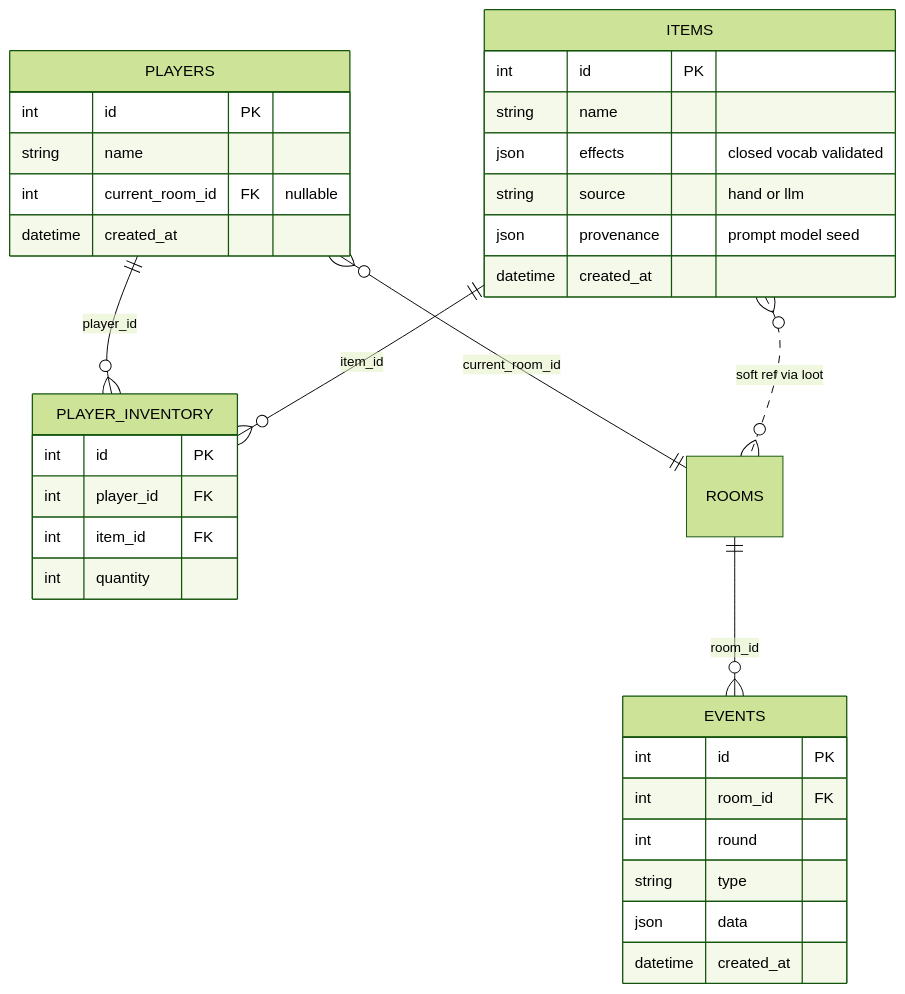
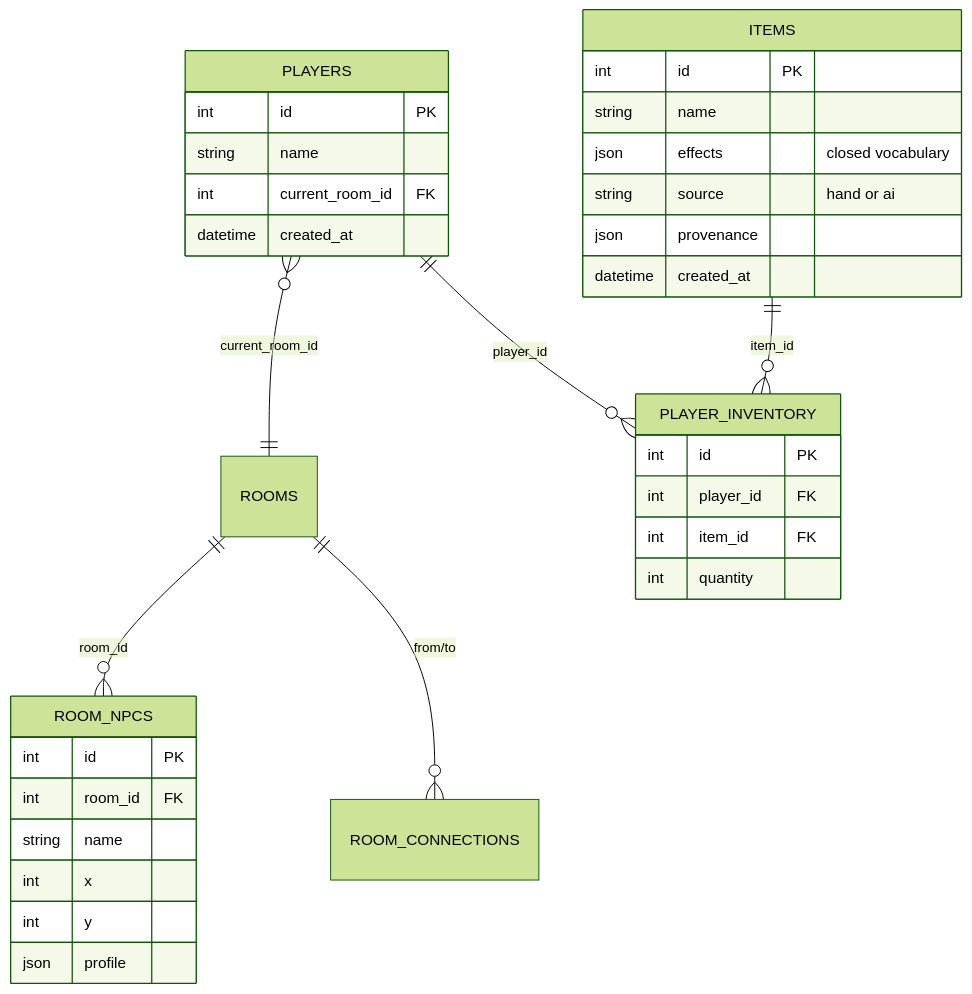
The second of 2 diagrams in docs/DB_SCHEMA.md (GoldenWind8/roguelike-mvp), drawn with Mermaid (forest theme) before and after one commit. The commit also changed other lines of this file and 9 other files, not shown here.

Commit message:
Clarify project docs and exploration roadmap

````diff
--- a/docs/DB_SCHEMA.md
+++ b/docs/DB_SCHEMA.md
@@ -80,37 +127,40 @@
 ```mermaid
 erDiagram
+    ROOMS ||--o{ ROOM_NPCS : "room_id"
+    ROOMS ||--o{ ROOM_CONNECTIONS : "from/to"
+    PLAYERS }o--|| ROOMS : "current_room_id"
     PLAYERS ||--o{ PLAYER_INVENTORY : "player_id"
     ITEMS ||--o{ PLAYER_INVENTORY : "item_id"
-    ROOMS ||--o{ EVENTS : "room_id"
-    PLAYERS }o--|| ROOMS : "current_room_id"
-    ITEMS }o..o{ ROOMS : "soft ref via loot"
+
+    ROOM_NPCS {
+        int id PK
+        int room_id FK
+        string name
+        int x
+        int y
+        json profile
+    }
+
+    PLAYERS {
+        int id PK
+        string name
+        int current_room_id FK
+        datetime created_at
+    }
 
     ITEMS {
         int id PK
         string name
-        json effects "closed vocab validated"
-        string source "hand or llm"
-        json provenance "prompt model seed"
+        json effects "closed vocabulary"
+        string source "hand or ai"
+        json provenance
         datetime created_at
     }
-    PLAYERS {
-        int id PK
-        string name
-        int current_room_id FK "nullable"
-        datetime created_at
-    }
+
     PLAYER_INVENTORY {
         int id PK
         int player_id FK
         int item_id FK
         int quantity
     }
-    EVENTS {
-        int id PK
-        int room_id FK
-        int round
-        string type
-        json data
-        datetime created_at
-    }
 ```
````
